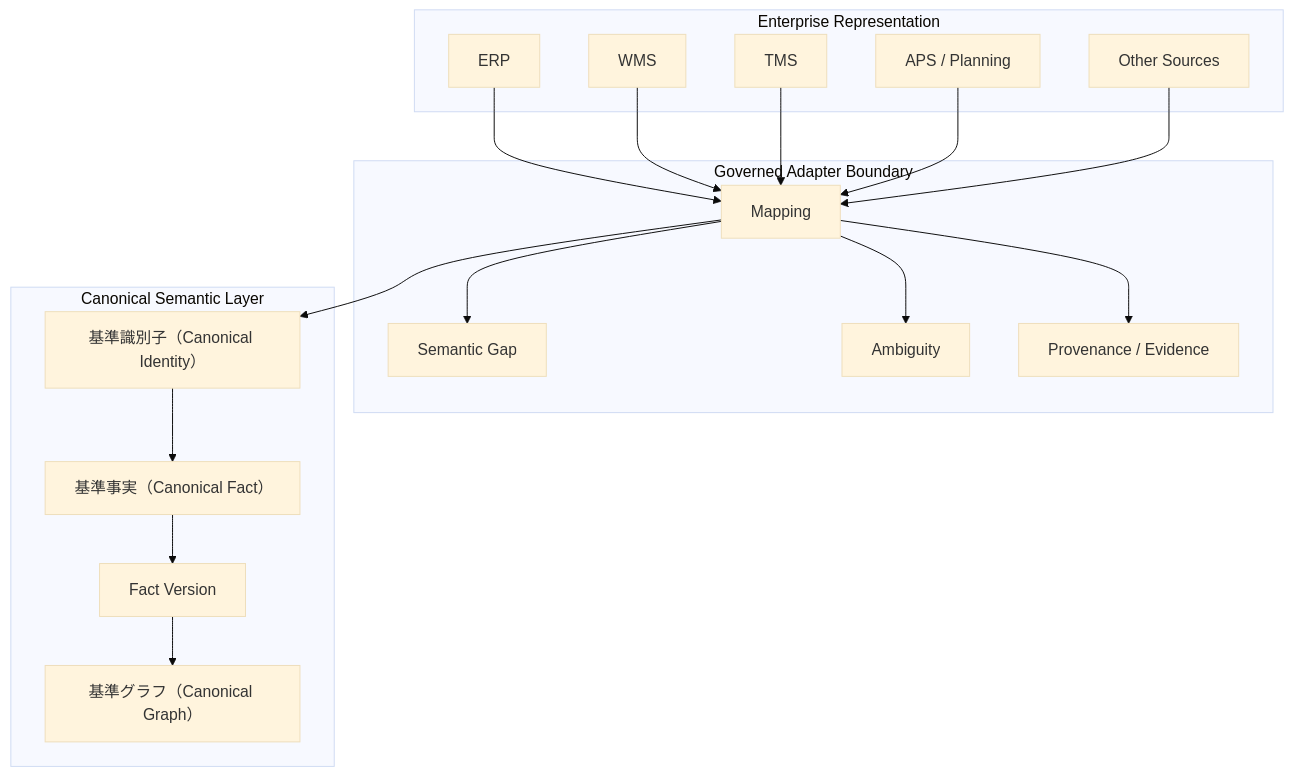
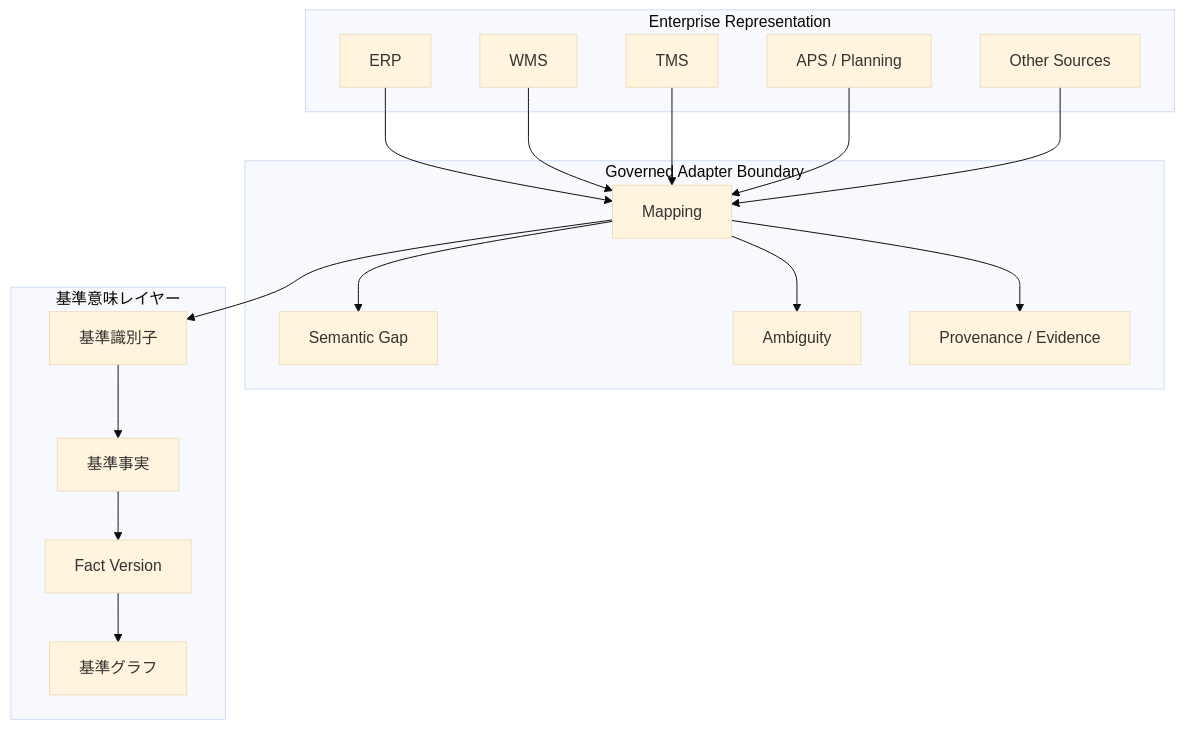
Before and after one commit to miumigy/scm-ontology: the second of 6 diagrams in README.ja.md, drawn with Mermaid (base theme). The commit also changed other lines of this file and 1 other file, not shown here.

Commit message:
docs: refine Japanese canonical terminology

````diff
--- a/README.ja.md
+++ b/README.ja.md
@@ -98,35 +98,35 @@
 ```mermaid
 flowchart TB
     subgraph SOURCE[Enterprise Representation]
         ERP[ERP]
         WMS[WMS]
         TMS[TMS]
         APS[APS / Planning]
         EXT[Other Sources]
     end
 
     subgraph BOUNDARY[Governed Adapter Boundary]
         MAP[Mapping]
         GAP[Semantic Gap]
         AMB[Ambiguity]
         PROV[Provenance / Evidence]
     end
 
-    subgraph CANONICAL[Canonical Semantic Layer]
-        ID[基準識別子（Canonical Identity）]
-        FACT[基準事実（Canonical Fact）]
+    subgraph CANONICAL[基準意味レイヤー]
+        ID[基準識別子]
+        FACT[基準事実]
         VER[Fact Version]
-        GRAPH[基準グラフ（Canonical Graph）]
+        GRAPH[基準グラフ]
     end
 
     ERP --> MAP
     WMS --> MAP
     TMS --> MAP
     APS --> MAP
     EXT --> MAP
     MAP --> GAP
     MAP --> AMB
     MAP --> PROV
     MAP --> ID
     ID --> FACT --> VER --> GRAPH
 ```
````
